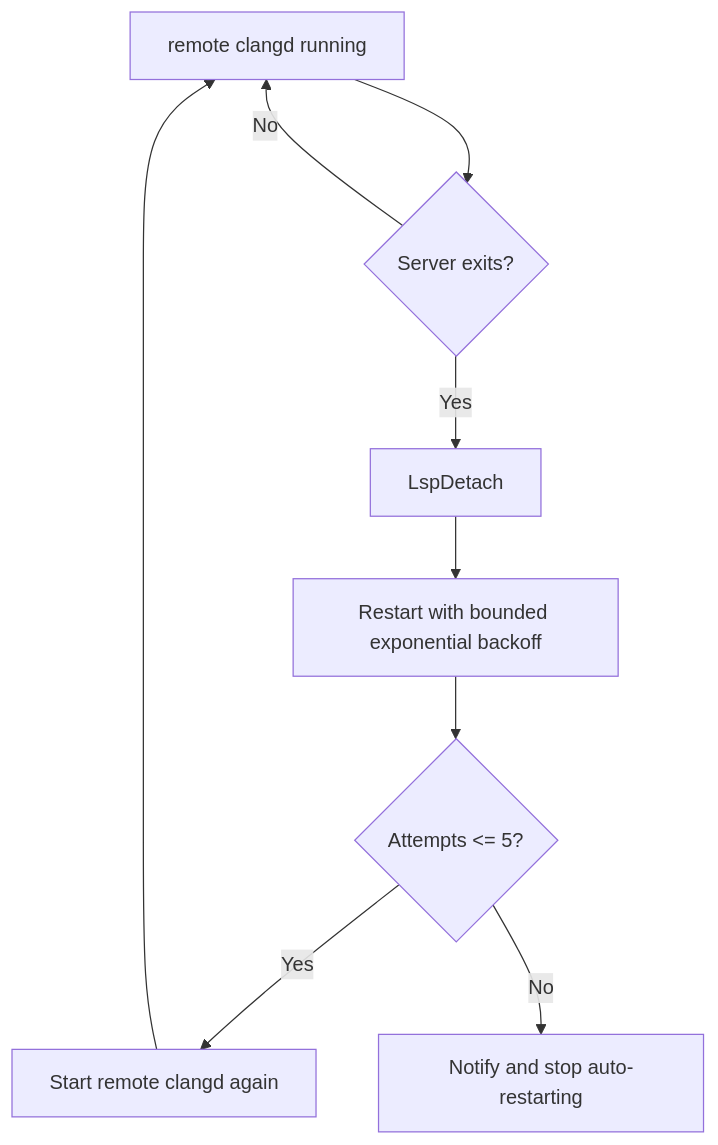
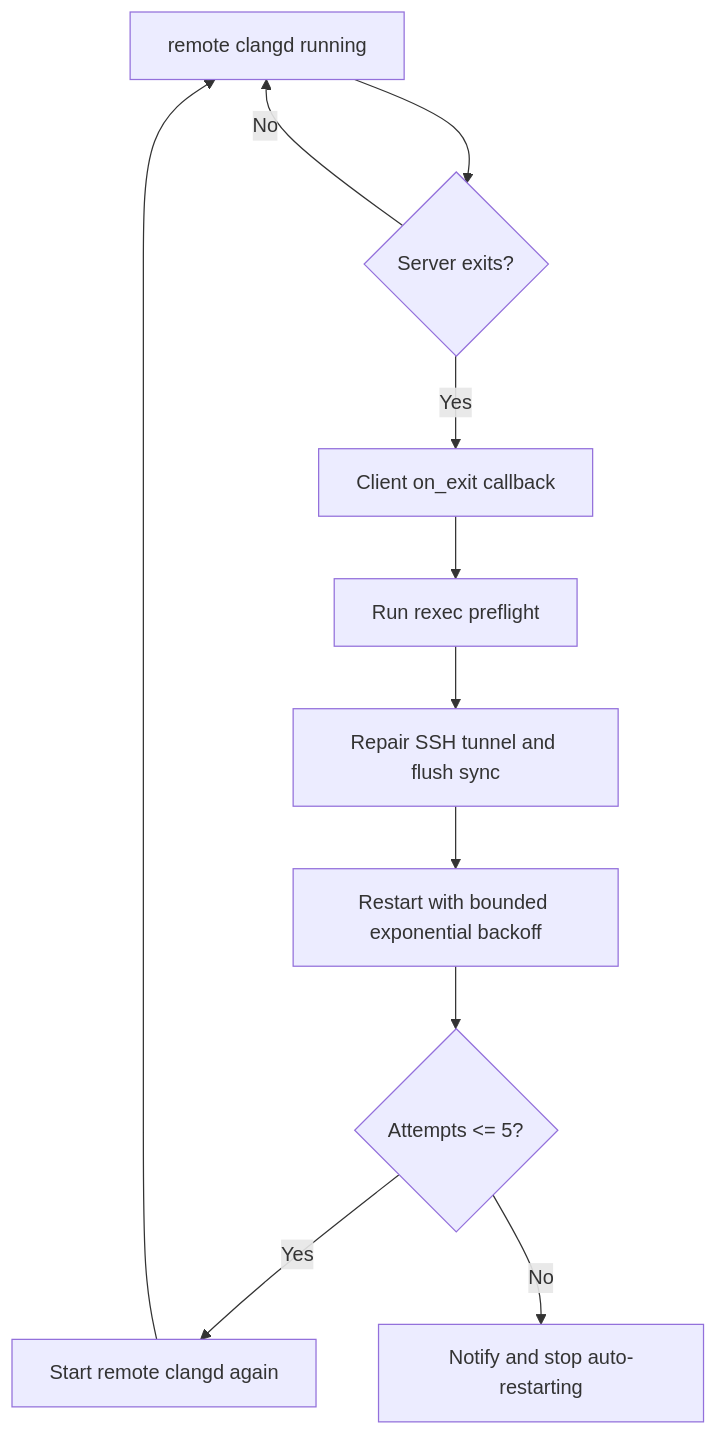
Before and after one commit to dukebw/dotfiles: the fourth of 4 diagrams in docs/remote-clangd.md, drawn with Mermaid. The commit also changed other lines of this file and 2 other files, not shown here.

````diff
--- a/docs/remote-clangd.md
+++ b/docs/remote-clangd.md
@@ -210,11 +227,13 @@
 ```mermaid
 flowchart TD
   ok[remote clangd running] --> fail{Server exits?}
   fail -->|No| ok
-  fail -->|Yes| detach[LspDetach]
-  detach --> backoff[Restart with bounded exponential backoff]
+  fail -->|Yes| exit[Client on_exit callback]
+  exit --> preflight[Run rexec preflight]
+  preflight --> tunnel[Repair SSH tunnel and flush sync]
+  tunnel --> backoff[Restart with bounded exponential backoff]
   backoff --> retry{Attempts <= 5?}
   retry -->|Yes| start[Start remote clangd again]
   retry -->|No| warn[Notify and stop auto-restarting]
   start --> ok
 ```
````
